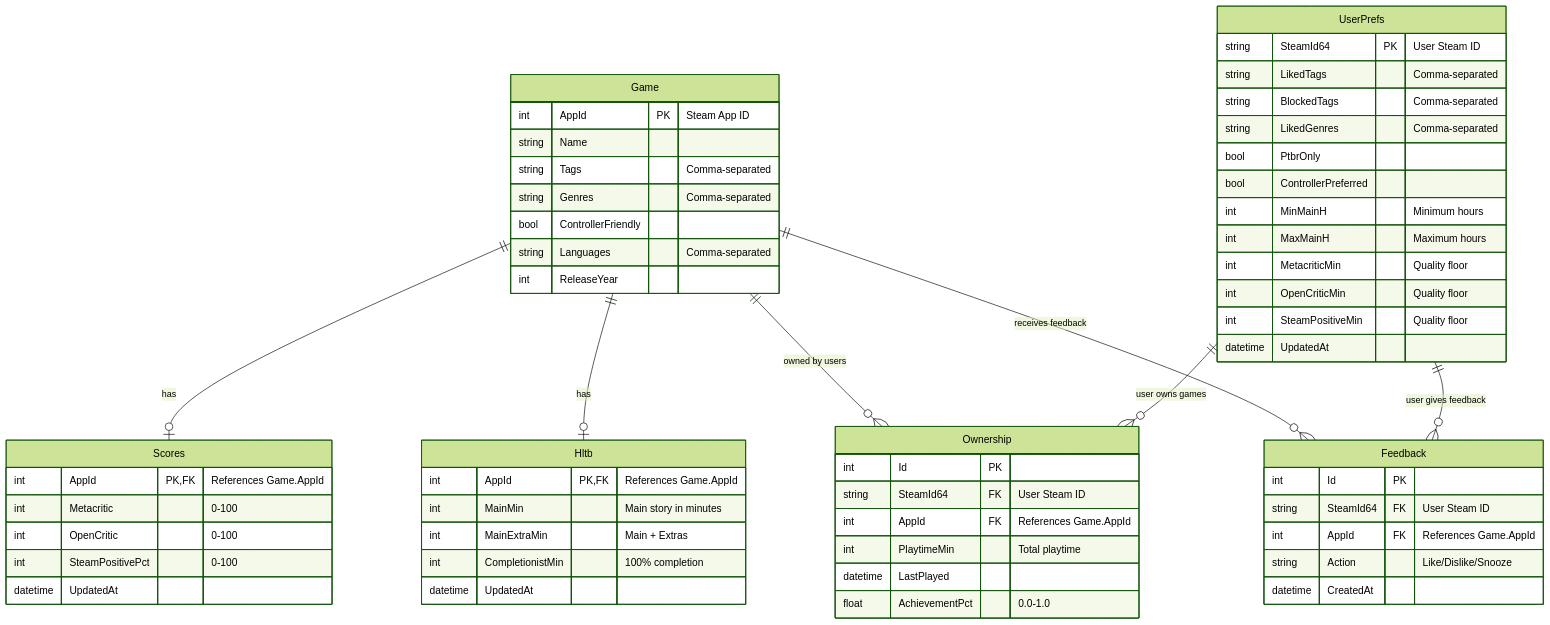
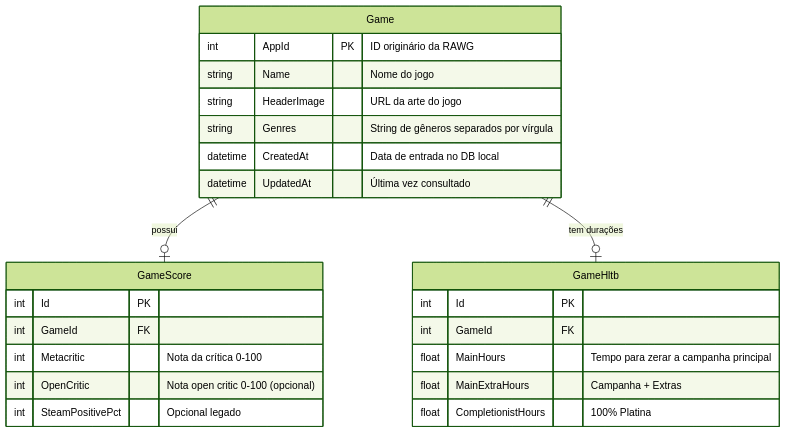
The diagram in diagramas/modelo-dados.md (AdleyRodrigues/NextPlay), drawn with Mermaid (forest theme) before and after one commit. The commit also changed other lines of this file and 50 other files, not shown here.

````diff
--- a/diagramas/modelo-dados.md
+++ b/diagramas/modelo-dados.md
@@ -5,67 +9,30 @@
 ```mermaid
 erDiagram
+    Game ||--o| GameScore : "possui"
+    Game ||--o| GameHltb : "tem durações"
+
     Game {
-        int AppId PK "Steam App ID"
-        string Name
-        string Tags "Comma-separated"
-        string Genres "Comma-separated"
-        bool ControllerFriendly
-        string Languages "Comma-separated"
-        int ReleaseYear
+        int AppId PK "ID originário da RAWG"
+        string Name "Nome do jogo"
+        string HeaderImage "URL da arte do jogo"
+        string Genres "String de gêneros separados por vírgula"
+        datetime CreatedAt "Data de entrada no DB local"
+        datetime UpdatedAt "Última vez consultado"
     }
-    
-    Scores {
-        int AppId PK,FK "References Game.AppId"
-        int Metacritic "0-100"
-        int OpenCritic "0-100"
-        int SteamPositivePct "0-100"
-        datetime UpdatedAt
+
+    GameScore {
+        int Id PK
+        int GameId FK
+        int Metacritic "Nota da crítica 0-100"
+        int OpenCritic "Nota open critic 0-100 (opcional)"
+        int SteamPositivePct "Opcional legado"
     }
-    
-    Hltb {
-        int AppId PK,FK "References Game.AppId"
-        int MainMin "Main story in minutes"
-        int MainExtraMin "Main + Extras"
-        int CompletionistMin "100% completion"
-        datetime UpdatedAt
+
+    GameHltb {
+        int Id PK
+        int GameId FK
+        float MainHours "Tempo para zerar a campanha principal"
+        float MainExtraHours "Campanha + Extras"
+        float CompletionistHours "100% Platina"
     }
-    
-    Ownership {
-        int Id PK
-        string SteamId64 FK "User Steam ID"
-        int AppId FK "References Game.AppId"
-        int PlaytimeMin "Total playtime"
-        datetime LastPlayed
-        float AchievementPct "0.0-1.0"
-    }
-    
-    UserPrefs {
-        string SteamId64 PK "User Steam ID"
-        string LikedTags "Comma-separated"
-        string BlockedTags "Comma-separated"
-        string LikedGenres "Comma-separated"
-        bool PtbrOnly
-        bool ControllerPreferred
-        int MinMainH "Minimum hours"
-        int MaxMainH "Maximum hours"
-        int MetacriticMin "Quality floor"
-        int OpenCriticMin "Quality floor"
-        int SteamPositiveMin "Quality floor"
-        datetime UpdatedAt
-    }
-    
-    Feedback {
-        int Id PK
-        string SteamId64 FK "User Steam ID"
-        int AppId FK "References Game.AppId"
-        string Action "Like/Dislike/Snooze"
-        datetime CreatedAt
-    }
-    
-    Game ||--o| Scores : "has"
-    Game ||--o| Hltb : "has"
-    Game ||--o{ Ownership : "owned by users"
-    Game ||--o{ Feedback : "receives feedback"
-    UserPrefs ||--o{ Ownership : "user owns games"
-    UserPrefs ||--o{ Feedback : "user gives feedback"
 ```
````
